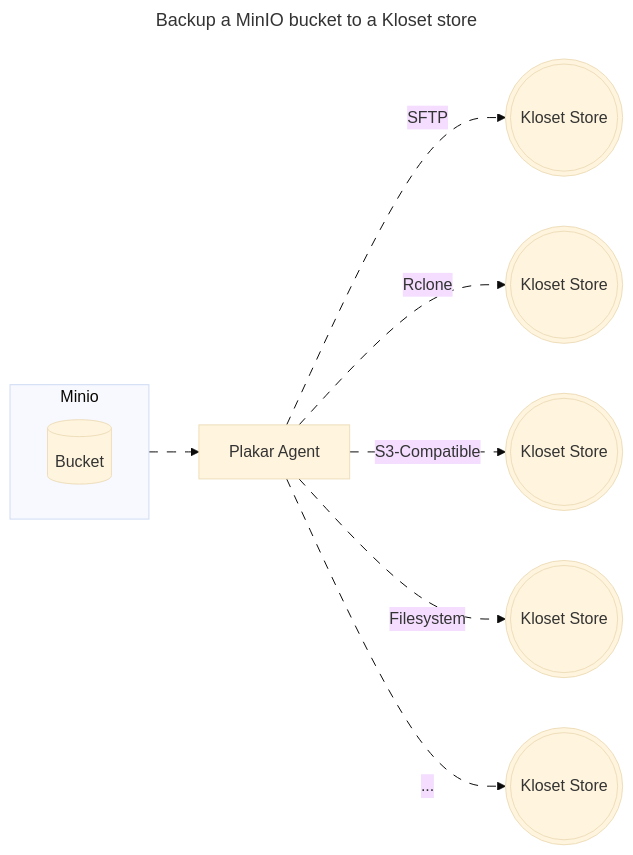
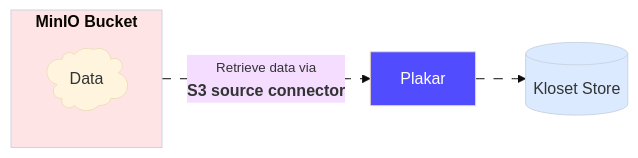
Before and after one commit to PlakarKorp/plakar.io: the second of 3 diagrams in content/docs/v1.0.6/integrations/minio/index.md, drawn with Mermaid (base theme). The commit also changed other lines of this file, not shown here.

Commit message:
minio: improve doc

```diff
--- a/content/docs/v1.0.6/integrations/minio/index.md
+++ b/content/docs/v1.0.6/integrations/minio/index.md
@@ -224,23 +183,24 @@
 {{< mermaid >}}
----
-title: Backup a MinIO bucket to a Kloset store
----
 flowchart LR
-    subgraph Minio
-        direction LR
-        DB1[(Bucket)]
-    end
-    Minio e1@--> Plakar[Plakar Agent]
-    Plakar e2@-->|SFTP| SFTP_Target(((Kloset Store)))
-    Plakar e3@-->|Rclone| Rclone_Target(((Kloset Store)))
-    Plakar e4@-->|S3-Compatible| S3_Target(((Kloset Store)))
-    Plakar e5@-->|Filesystem| FS_Target(((Kloset Store)))
-    Plakar e6@-->|...| All_Target(((Kloset Store)))
-    classDef animate stroke-dasharray: 9,5,stroke-dashoffset: 900,animation: dash 25s linear infinite;
-    class e1 animate
-    class e2 animate
-    class e3 animate
-    class e4 animate
-    class e5 animate
-    class e6 animate
+
+subgraph Source[<b>MinIO Bucket</b>]
+  fs@{ shape: cloud, label: "Data" }
+end
+
+Source -- <small>Retrieve data via</small><br><b>S3 source connector</b> --> Plakar
+Store@{ shape: cyl, label: "Kloset Store" }
+
+Plakar --> Store
+
+%% Apply classes
+class Source sourceBox
+class Plakar brandBox
+class Store storeBox
+
+%% Classes definitions
+classDef sourceBox fill:#ffe4e6,stroke:#cad5e2,stroke-width:1px
+classDef brandBox fill:#524cff,color:#ffffff
+classDef storeBox fill:#dbeafe,stroke:#cad5e2,stroke-width:1px
+
+linkStyle default stroke-dasharray: 9,5,stroke-dashoffset: 900,animation: dash 25s linear infinite;
 {{< /mermaid >}}
```
